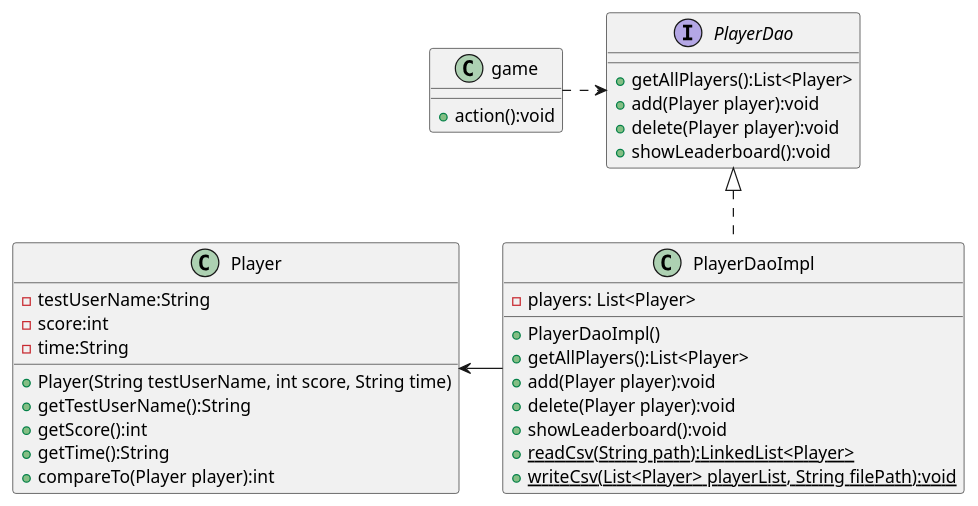
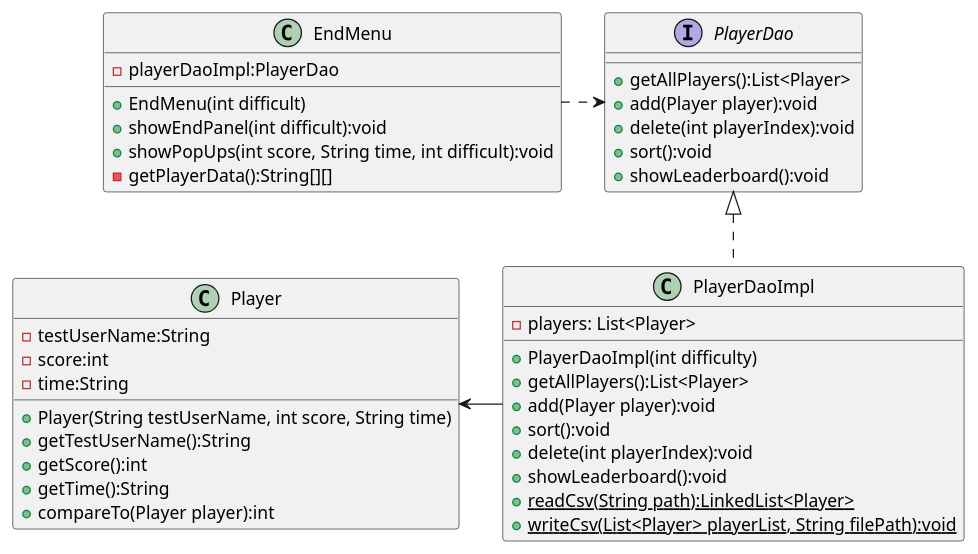
Before and after one commit to 2020lwh567/AircraftWar: the diagram in uml/DAO.puml, drawn with PlantUML. The commit also changed 21 other files, not shown here.

Commit message:
修改类图和部分参数

```diff
--- a/uml/DAO.puml
+++ b/uml/DAO.puml
@@ -1,41 +1,47 @@
 @startuml
 'https://plantuml.com/class-diagram
 
 interface PlayerDao{
     + getAllPlayers():List<Player>
     + add(Player player):void
-    + delete(Player player):void
+    + delete(int playerIndex):void
+    + sort():void
     + showLeaderboard():void
 }
 
 PlayerDao <|.. PlayerDaoImpl
-PlayerDao <.left. game
+PlayerDao <.left. EndMenu
 Player <-right- PlayerDaoImpl
 
 class PlayerDaoImpl {
     - players: List<Player>
-    + PlayerDaoImpl()
+    + PlayerDaoImpl(int difficulty)
     + getAllPlayers():List<Player>
     + add(Player player):void
-    + delete(Player player):void
+    + sort():void
+    + delete(int playerIndex):void
     + showLeaderboard():void
     + {static} readCsv(String path):LinkedList<Player>
     + {static} writeCsv(List<Player> playerList, String filePath):void
 }
 
 class Player {
     - testUserName:String
     - score:int
     - time:String
     + Player(String testUserName, int score, String time)
     + getTestUserName():String
     + getScore():int
     + getTime():String
     + compareTo(Player player):int
 }
 
-class game {
-    + action():void
+class EndMenu {
+    - playerDaoImpl:PlayerDao
+    + EndMenu(int difficult)
+    + showEndPanel(int difficult):void
+    + showPopUps(int score, String time, int difficult):void
+    - getPlayerData():String[][]
 }
 
 @enduml
```
